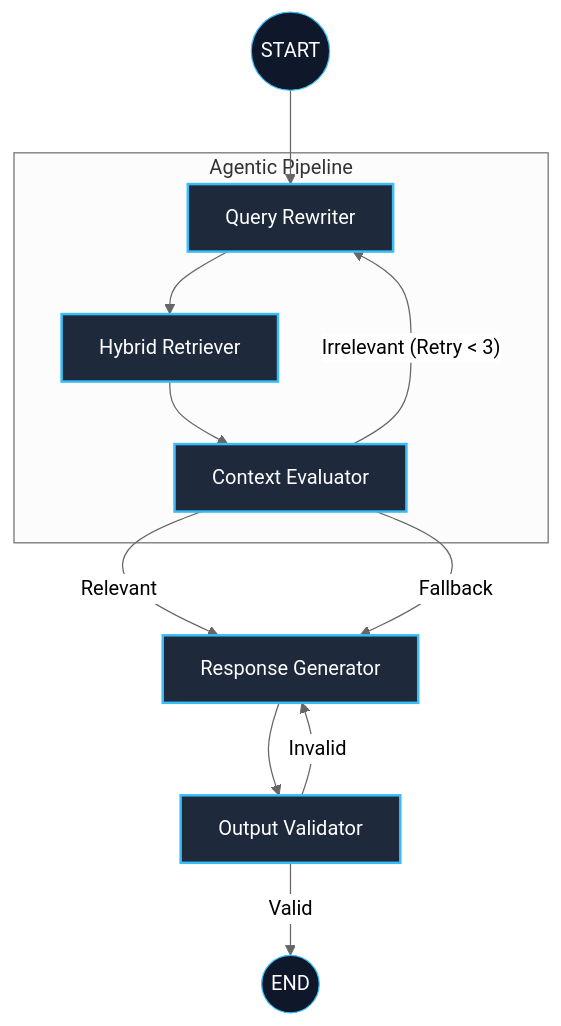
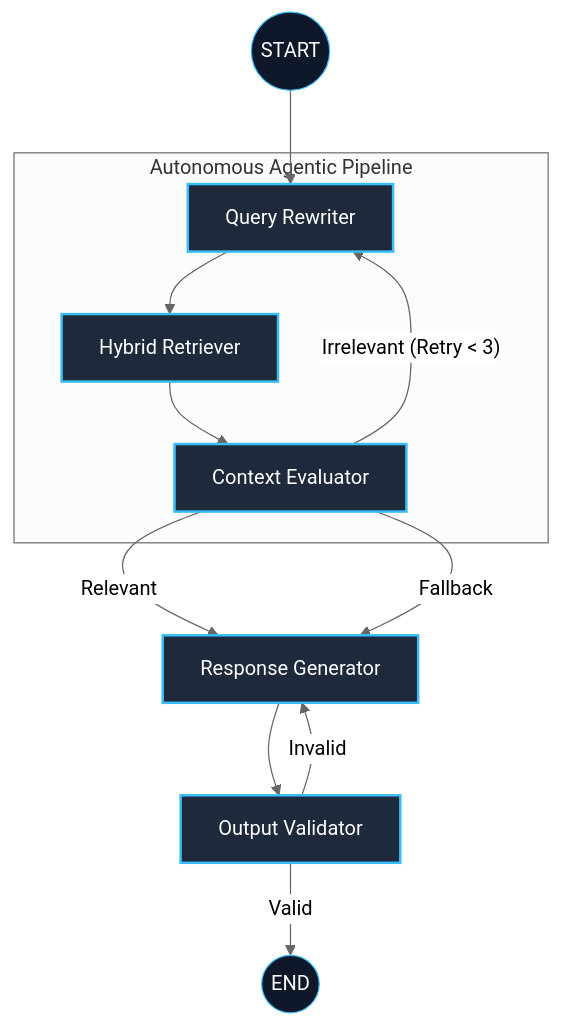
The diagram in README.md (DurgaBhavani695/RAGentX), drawn with Mermaid (neutral theme) before and after one commit. The commit also changed other lines of this file and 1 other file, not shown here.

Commit message:
docs: overhaul README with Mermaid diagrams, project motivation, and corrected Groq API URLs (secrets removed)

````diff
--- a/README.md
+++ b/README.md
@@ -13,27 +18,27 @@
 ```mermaid
 graph TD
     %% Entry Point
     START((START)) --> Rewriter[Query Rewriter]
 
     %% Main Pipeline
-    subgraph "Agentic Pipeline"
+    subgraph "Autonomous Agentic Pipeline"
         Rewriter --> Retriever[Hybrid Retriever]
         Retriever --> Evaluator[Context Evaluator]
     end
 
     %% Self-Correction Logic
     Evaluator -->|Relevant| Generator[Response Generator]
     Evaluator -->|"Irrelevant (Retry < 3)"| Rewriter
     Evaluator -->|Fallback| Generator
 
     %% Validation Gate
     Generator --> Validator[Output Validator]
     Validator -->|Valid| END((END))
     Validator -->|Invalid| Generator
 
     %% Visual Styles
     style START fill:#0f172a,stroke:#38bdf8,color:#fff
     style END fill:#0f172a,stroke:#38bdf8,color:#fff
     classDef agentNode fill:#1e293b,stroke:#38bdf8,stroke-width:2px,color:#fff
     class Rewriter,Retriever,Evaluator,Generator,Validator agentNode
 ```
````
